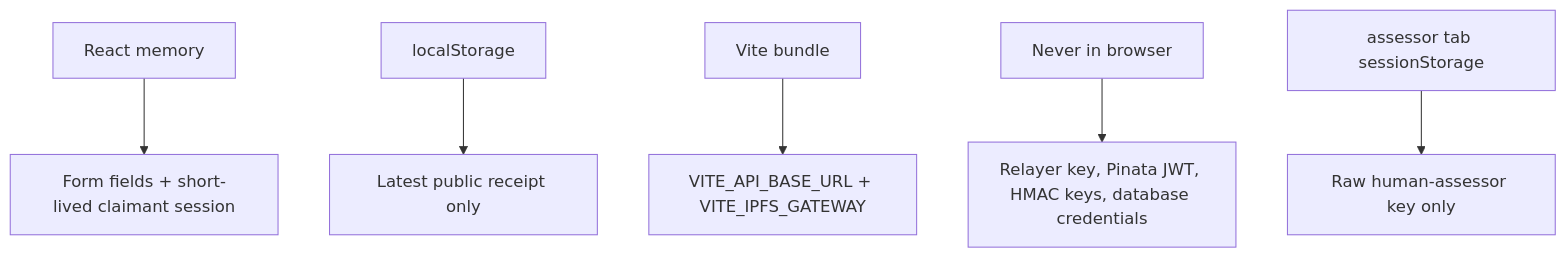
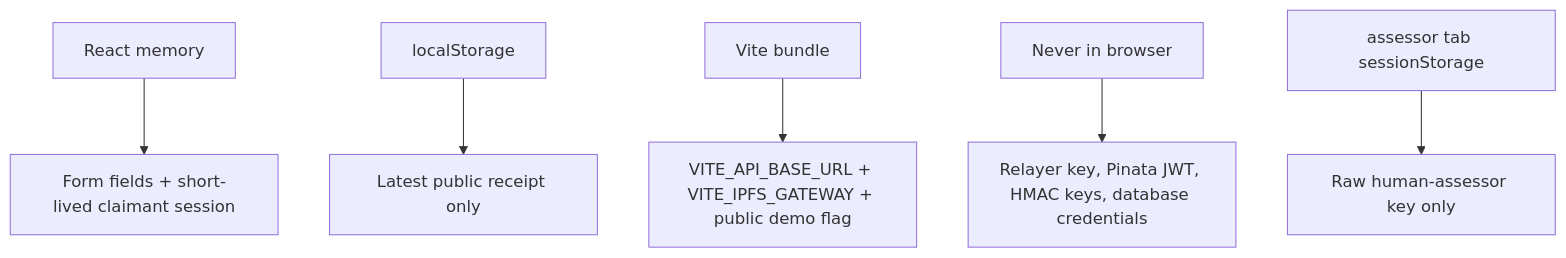
One commit to ganesh1997oli/Decentralized-Claims-Registry changed the second of 2 diagrams in apps/frontend/README.md. Above: the diagram before and after it, drawn with Mermaid. The commit also changed other lines of this file and 20 other files, not shown here.

````diff
--- a/apps/frontend/README.md
+++ b/apps/frontend/README.md
@@ -72,8 +72,8 @@
 ```mermaid
 flowchart TD
     Memory["React memory"] --> A["Form fields + short-lived claimant session"]
     Storage["localStorage"] --> B["Latest public receipt only"]
-    Bundle["Vite bundle"] --> C["VITE_API_BASE_URL + VITE_IPFS_GATEWAY"]
+    Bundle["Vite bundle"] --> C["VITE_API_BASE_URL + VITE_IPFS_GATEWAY + public demo flag"]
     Never["Never in browser"] --> D["Relayer key, Pinata JWT, HMAC keys, database credentials"]
     Session["assessor tab sessionStorage"] --> E["Raw human-assessor key only"]
 ```
````
